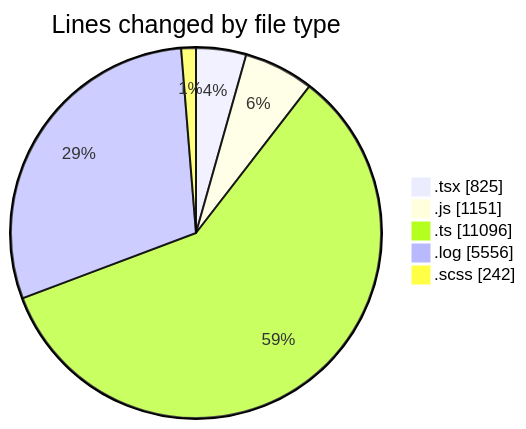
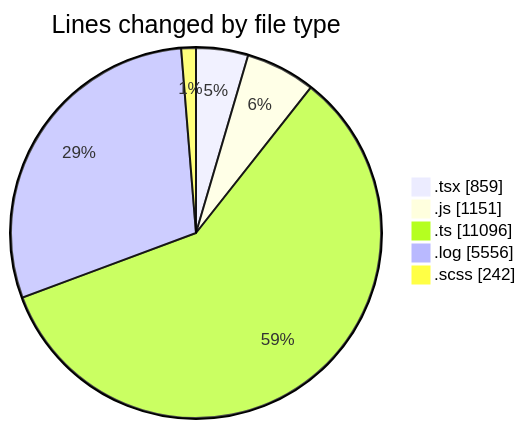
Before and after one commit to momahboobian/code-tracking: the first of 2 diagrams in 2026-04-09/cda/README.md, drawn with Mermaid. The commit also changed other lines of this file and 1 other file, not shown here.

````diff
--- a/2026-04-09/cda/README.md
+++ b/2026-04-09/cda/README.md
@@ -31,9 +31,9 @@
 ```mermaid
 pie showData
 title Lines changed by file type
-".tsx" : 825
+".tsx" : 859
 ".js" : 1151
 ".ts" : 11096
 ".log" : 5556
 ".scss" : 242
 ```
````
